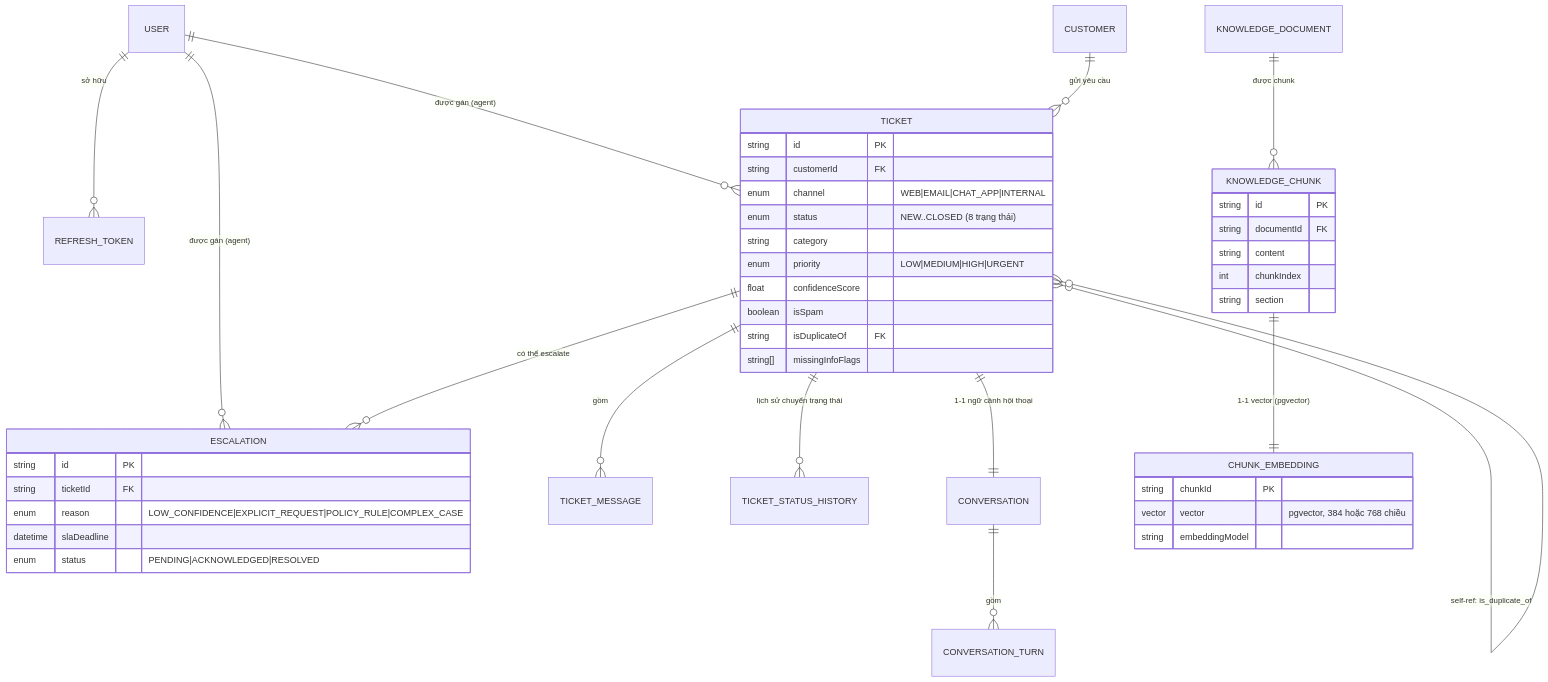
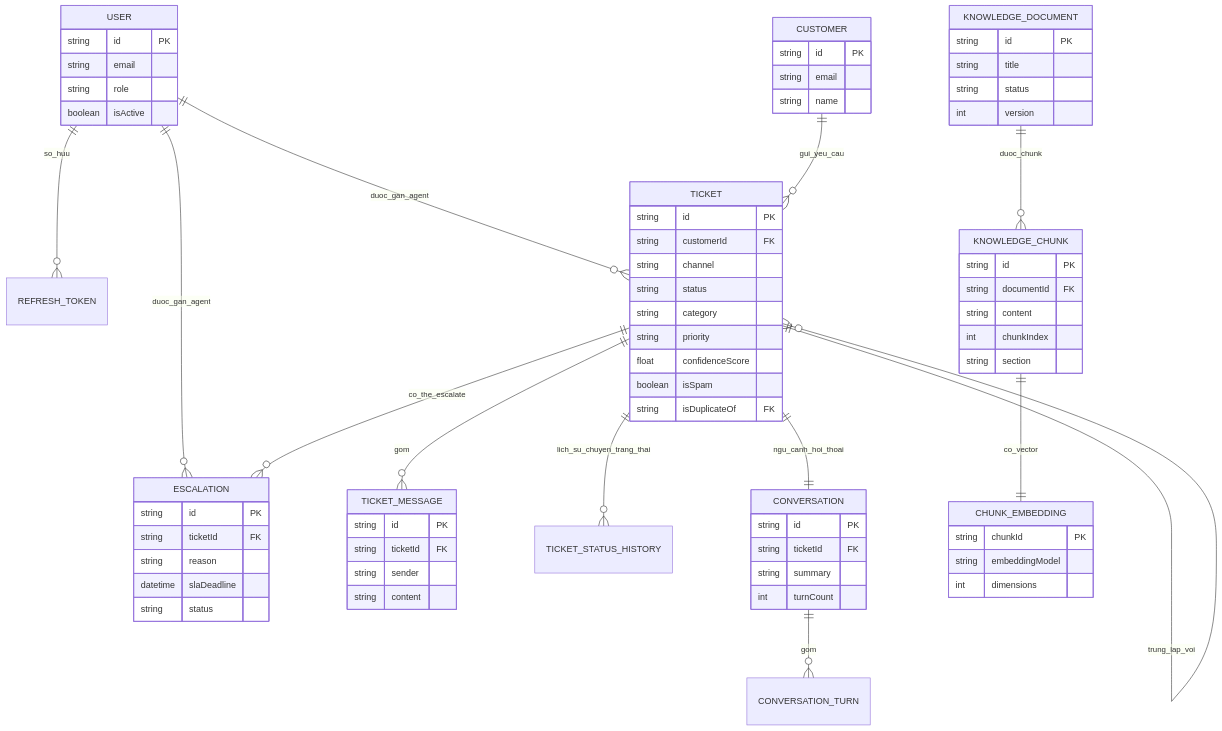
The diagram in README.md (hdthinh3105-hub/automation-agent), drawn with Mermaid before and after one commit.

````diff
--- a/README.md
+++ b/README.md
@@ -74,51 +74,79 @@
 ```mermaid
 erDiagram
-    USER ||--o{ REFRESH_TOKEN : "sở hữu"
-    USER ||--o{ TICKET : "được gán (agent)"
-    USER ||--o{ ESCALATION : "được gán (agent)"
+    USER ||--o{ REFRESH_TOKEN : so_huu
+    USER ||--o{ TICKET : duoc_gan_agent
+    USER ||--o{ ESCALATION : duoc_gan_agent
 
-    CUSTOMER ||--o{ TICKET : "gửi yêu cầu"
+    CUSTOMER ||--o{ TICKET : gui_yeu_cau
 
-    TICKET ||--o{ TICKET_MESSAGE : "gồm"
-    TICKET ||--o{ TICKET_STATUS_HISTORY : "lịch sử chuyển trạng thái"
-    TICKET ||--|| CONVERSATION : "1-1 ngữ cảnh hội thoại"
-    TICKET ||--o{ ESCALATION : "có thể escalate"
-    TICKET }o--o{ TICKET : "self-ref: is_duplicate_of"
+    TICKET ||--o{ TICKET_MESSAGE : gom
+    TICKET ||--o{ TICKET_STATUS_HISTORY : lich_su_chuyen_trang_thai
+    TICKET ||--|| CONVERSATION : ngu_canh_hoi_thoai
+    TICKET ||--o{ ESCALATION : co_the_escalate
+    TICKET ||--o{ TICKET : trung_lap_voi
 
-    CONVERSATION ||--o{ CONVERSATION_TURN : "gồm"
+    CONVERSATION ||--o{ CONVERSATION_TURN : gom
 
-    KNOWLEDGE_DOCUMENT ||--o{ KNOWLEDGE_CHUNK : "được chunk"
-    KNOWLEDGE_CHUNK ||--|| CHUNK_EMBEDDING : "1-1 vector (pgvector)"
+    KNOWLEDGE_DOCUMENT ||--o{ KNOWLEDGE_CHUNK : duoc_chunk
+    KNOWLEDGE_CHUNK ||--|| CHUNK_EMBEDDING : co_vector
 
+    USER {
+        string id PK
+        string email
+        string role
+        boolean isActive
+    }
+    CUSTOMER {
+        string id PK
+        string email
+        string name
+    }
     TICKET {
         string id PK
         string customerId FK
-        enum channel "WEB|EMAIL|CHAT_APP|INTERNAL"
-        enum status "NEW..CLOSED (8 trạng thái)"
+        string channel
+        string status
         string category
-        enum priority "LOW|MEDIUM|HIGH|URGENT"
+        string priority
         float confidenceScore
         boolean isSpam
         string isDuplicateOf FK
-        string[] missingInfoFlags
+    }
+    TICKET_MESSAGE {
+        string id PK
+        string ticketId FK
+        string sender
+        string content
+    }
+    CONVERSATION {
+        string id PK
+        string ticketId FK
+        string summary
+        int turnCount
+    }
+    KNOWLEDGE_DOCUMENT {
+        string id PK
+        string title
+        string status
+        int version
     }
     KNOWLEDGE_CHUNK {
         string id PK
         string documentId FK
         string content
         int chunkIndex
         string section
     }
     CHUNK_EMBEDDING {
         string chunkId PK
-        vector vector "pgvector, 384 hoặc 768 chiều"
         string embeddingModel
+        int dimensions
     }
     ESCALATION {
         string id PK
         string ticketId FK
-        enum reason "LOW_CONFIDENCE|EXPLICIT_REQUEST|POLICY_RULE|COMPLEX_CASE"
+        string reason
         datetime slaDeadline
-        enum status "PENDING|ACKNOWLEDGED|RESOLVED"
+        string status
     }
 ```
````
